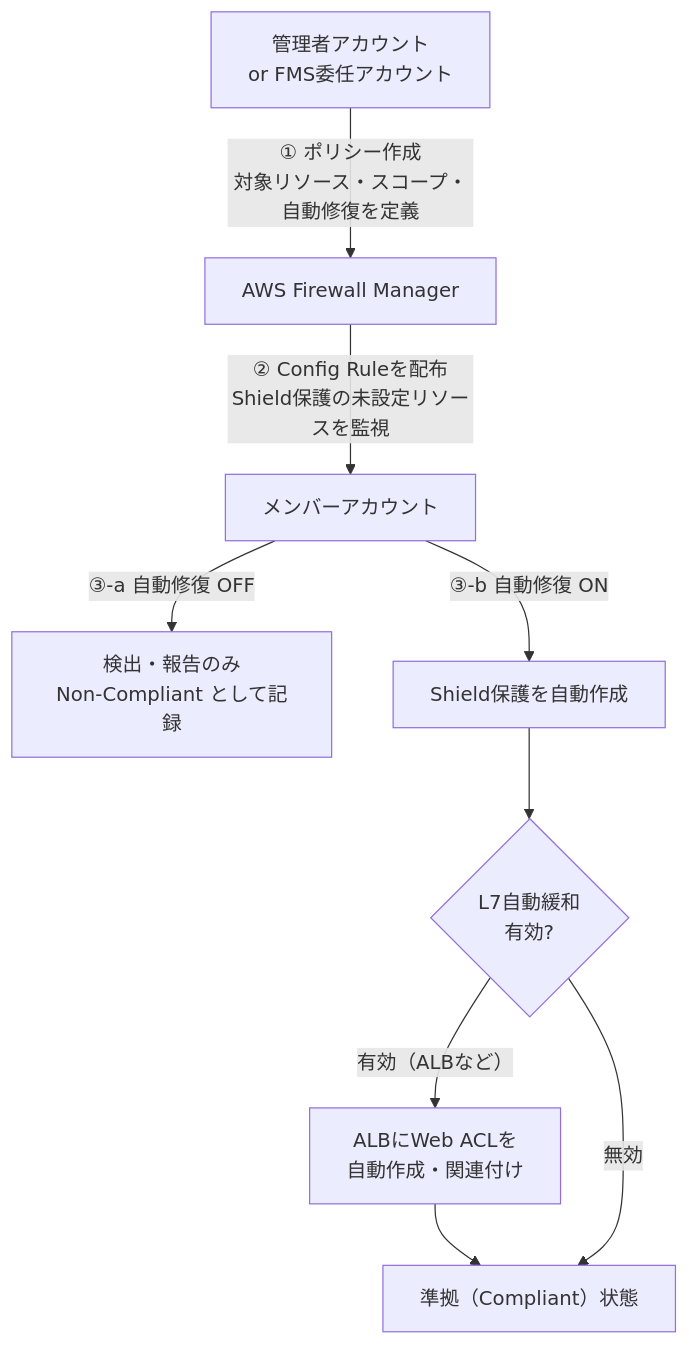
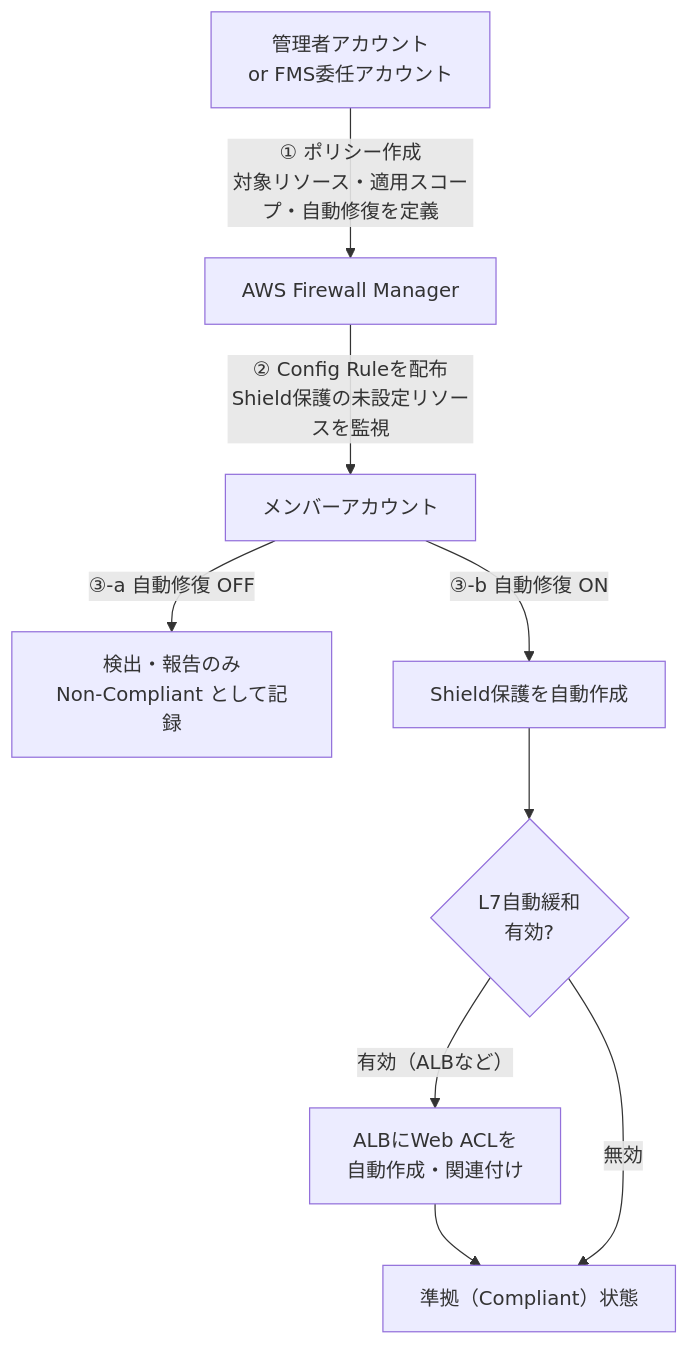
One commit to mamezou-tech/mamezou-tech-site changed the first of 3 diagrams in src/posts/blogs/2026/0306_fms-security-policy-article.md. Above: the diagram before and after it, drawn with Mermaid. The commit also changed other lines of this file, not shown here.

````diff
--- a/src/posts/blogs/2026/0306_fms-security-policy-article.md
+++ b/src/posts/blogs/2026/0306_fms-security-policy-article.md
@@ -98,19 +98,19 @@
 ```mermaid
 flowchart TD
     A["管理者アカウント<br>or FMS委任アカウント"]
     B["AWS Firewall Manager"]
     C["メンバーアカウント"]
     D_OFF["検出・報告のみ<br>Non-Compliant として記録"]
     D_ON["Shield保護を自動作成"]
     E{"L7自動緩和<br>有効?"}
     F["ALBにWeb ACLを<br>自動作成・関連付け"]
     G["準拠（Compliant）状態"]
 
-    A -->|"① ポリシー作成<br>対象リソース・スコープ・自動修復を定義"| B
+    A -->|"① ポリシー作成<br>対象リソース・適用スコープ・自動修復を定義"| B
     B -->|"② Config Ruleを配布<br>Shield保護の未設定リソースを監視"| C
     C -->|"③-a 自動修復 OFF"| D_OFF
     C -->|"③-b 自動修復 ON"| D_ON
     D_ON --> E
     E -->|"有効（ALBなど）"| F --> G
     E -->|"無効"| G
 ```
````
